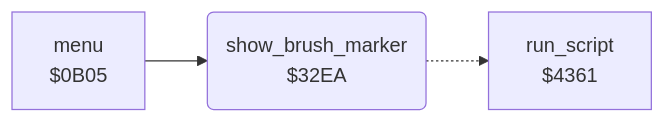
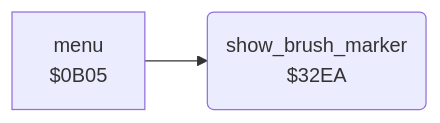
The diagram in koala_painter/v2/docs/reference/modules/menu/brush_marker.md (henols/c64_games), drawn with Mermaid before and after one commit. The commit also changed other lines of this file and 1100 other files, not shown here.

````diff
--- a/koala_painter/v2/docs/reference/modules/menu/brush_marker.md
+++ b/koala_painter/v2/docs/reference/modules/menu/brush_marker.md
@@ -10,8 +16,6 @@
 ```mermaid
 flowchart LR
   n0b05["menu<br/>$0B05"]
   n32ea("show_brush_marker<br/>$32EA")
-  n4361["run_script<br/>$4361"]
   n0b05 --> n32ea
-  n32ea -.-> n4361
 ```
````
